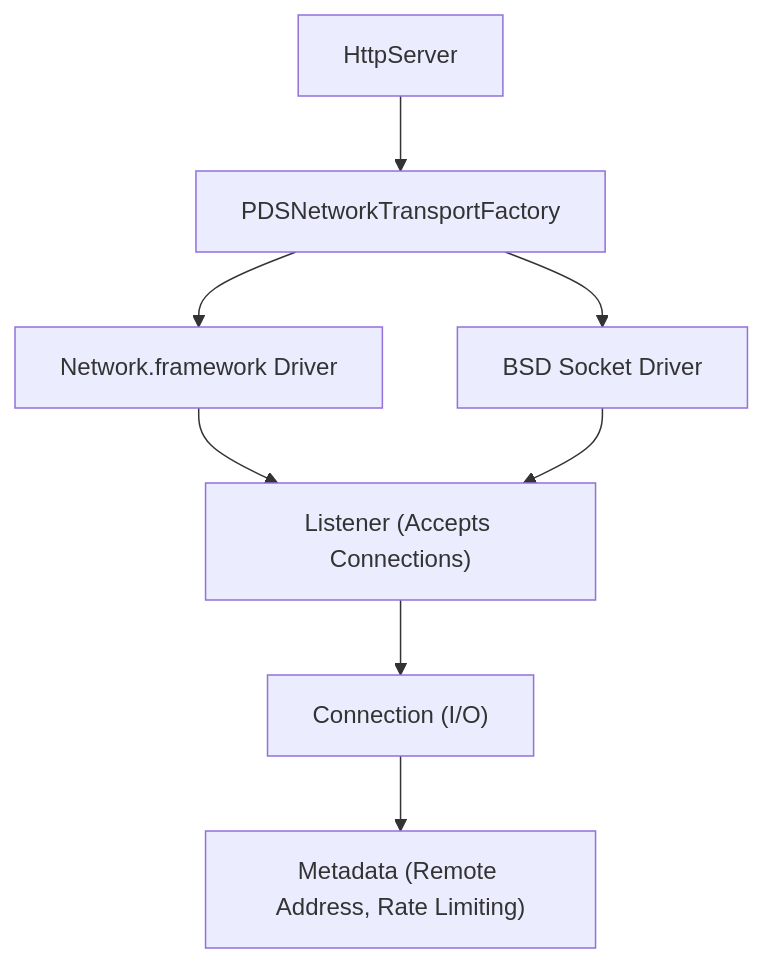
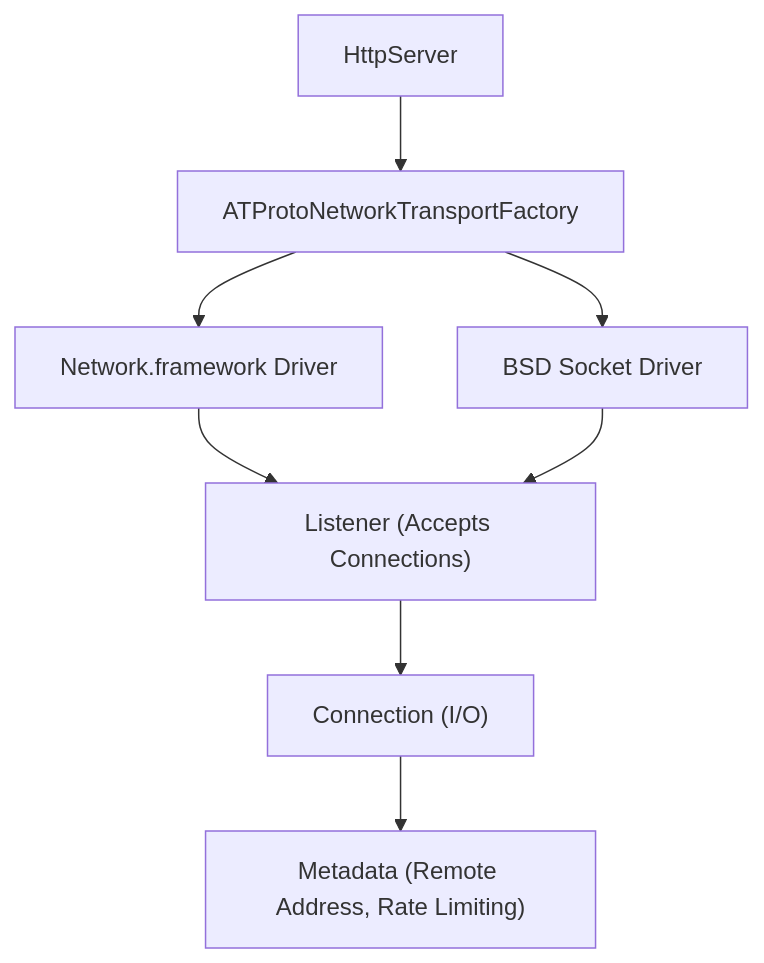
Before and after one commit to jvalinsky/garazyk: the diagram in docs/09-platform-compatibility/network-transport.md, drawn with Mermaid. The commit also changed other lines of this file and 234 other files, not shown here.

````diff
--- a/docs/09-platform-compatibility/network-transport.md
+++ b/docs/09-platform-compatibility/network-transport.md
@@ -13,18 +13,18 @@
 ```mermaid
 flowchart TD
     Server["HttpServer"]
-    Factory["PDSNetworkTransportFactory"]
+    Factory["ATProtoNetworkTransportFactory"]
     Listener["Listener (Accepts Connections)"]
     Conn["Connection (I/O)"]
     Meta["Metadata (Remote Address, Rate Limiting)"]
     Mac["Network.framework Driver"]
     Linux["BSD Socket Driver"]
 
     Server --> Factory
     Factory --> Mac
     Factory --> Linux
     Mac --> Listener
     Linux --> Listener
     Listener --> Conn
     Conn --> Meta
 ```
````
